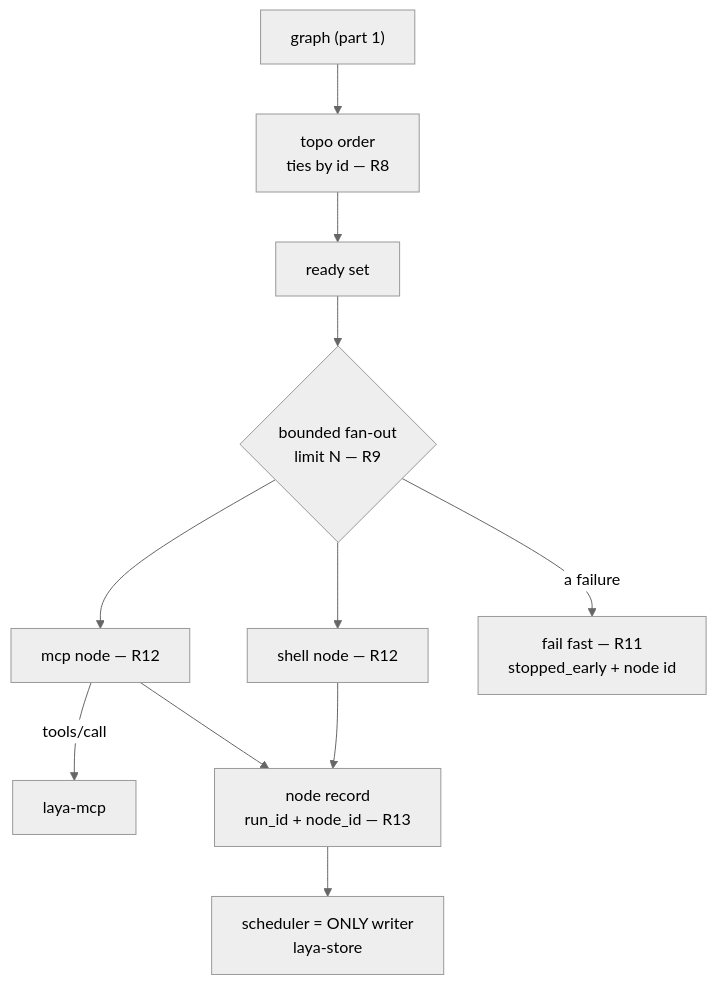
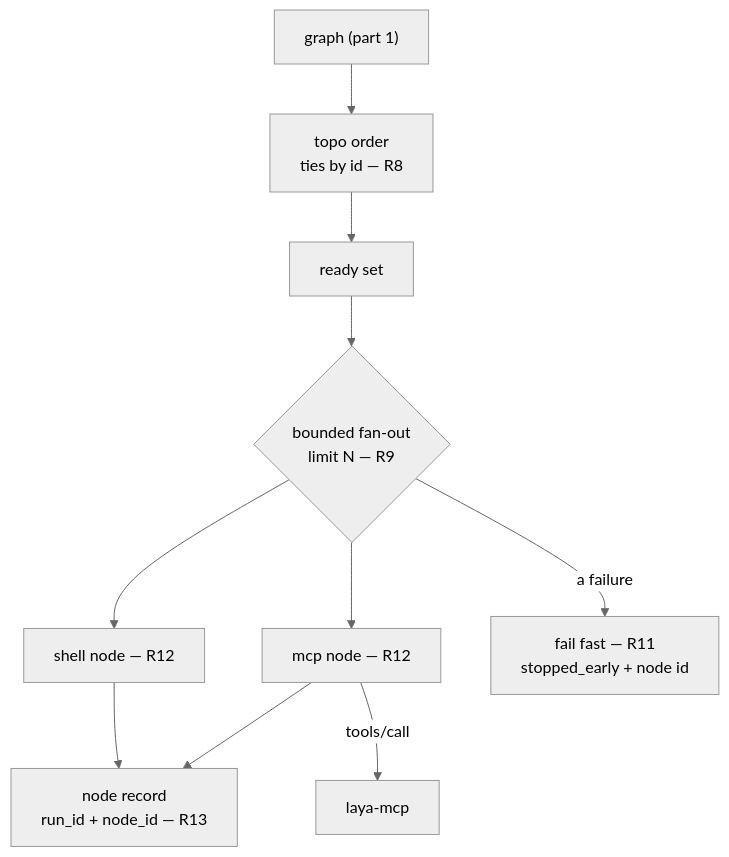
Before and after one commit to bitscrafts/laya-rs: the diagram in specs/07-graph-executor-part3.md, drawn with Mermaid (neutral theme). The commit also changed other lines of this file and 3 other files, not shown here.

````diff
--- a/specs/07-graph-executor-part3.md
+++ b/specs/07-graph-executor-part3.md
@@ -101,13 +121,12 @@
 ```mermaid
 flowchart TD
     G["graph (part 1)"] --> T["topo order<br/>ties by id — R8"]
     T --> RD["ready set"]
     RD --> B{"bounded fan-out<br/>limit N — R9"}
     B --> S1["shell node — R12"]
     B --> S2["mcp node — R12"]
     S2 -->|"tools/call"| M["laya-mcp"]
     S1 --> REC["node record<br/>run_id + node_id — R13"]
     S2 --> REC
-    REC --> W["scheduler = ONLY writer<br/>laya-store"]
     B -->|a failure| FF["fail fast — R11<br/>stopped_early + node id"]
 ```
````
